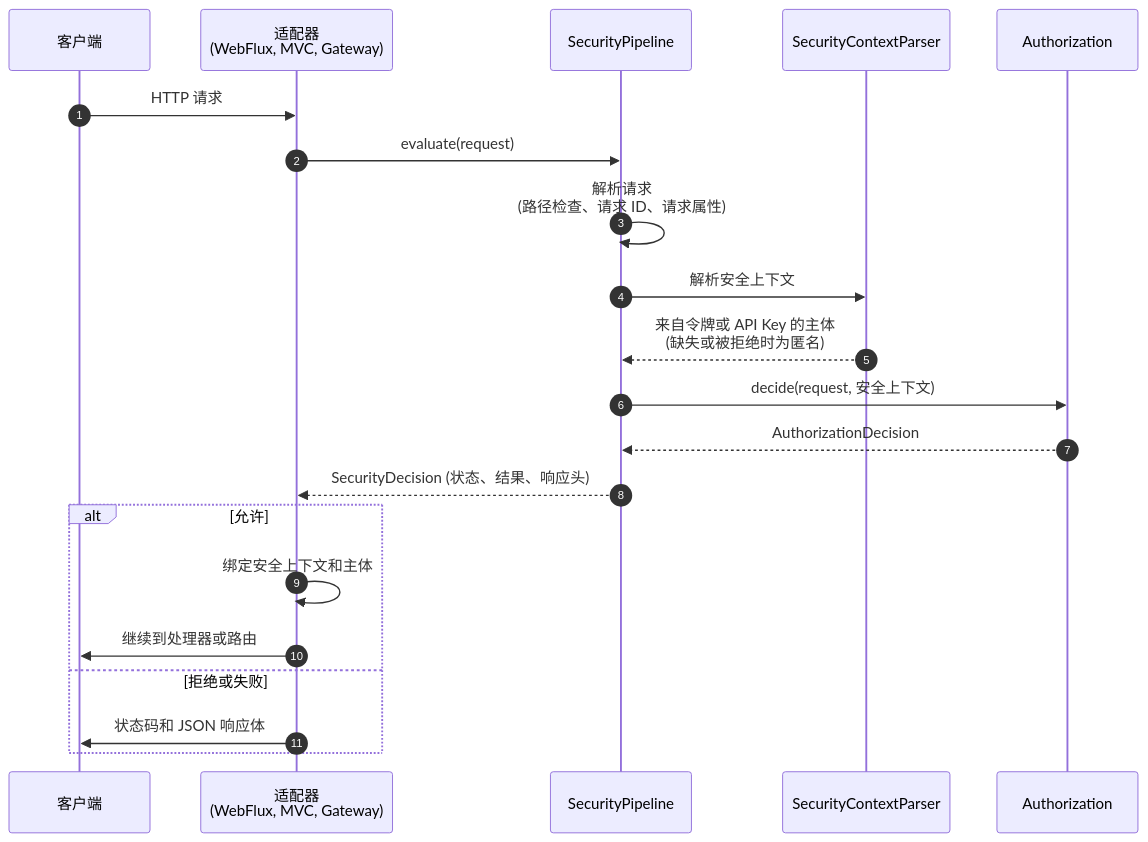
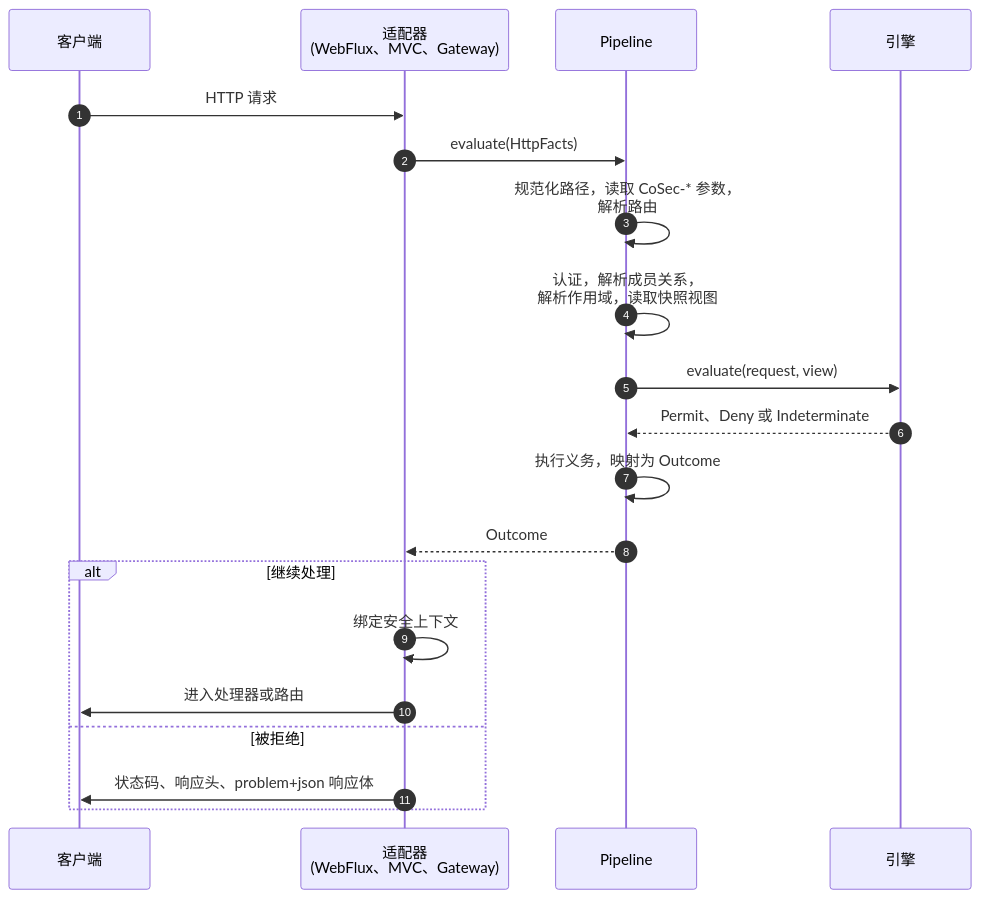
Before and after one commit to Ahoo-Wang/CoSec: the diagram in wiki/zh/integration/web.md, drawn with Mermaid. The commit also changed other lines of this file and 54 other files, not shown here.

````diff
--- a/wiki/zh/integration/web.md
+++ b/wiki/zh/integration/web.md
@@ -61,23 +34,22 @@
 ```mermaid
 sequenceDiagram
     autonumber
     participant C as 客户端
-    participant A as 适配器<br>(WebFlux, MVC, Gateway)
-    participant P as SecurityPipeline
-    participant S as SecurityContextParser
-    participant Z as Authorization
+    participant A as 适配器<br>(WebFlux、MVC、Gateway)
+    participant P as Pipeline
+    participant E as 引擎
     C->>A: HTTP 请求
-    A->>P: evaluate(request)
-    P->>P: 解析请求<br>(路径检查、请求 ID、请求属性)
-    P->>S: 解析安全上下文
-    S-->>P: 来自令牌或 API Key 的主体<br>(缺失或被拒绝时为匿名)
-    P->>Z: decide(request, 安全上下文)
-    Z-->>P: AuthorizationDecision
-    P-->>A: SecurityDecision (状态、结果、响应头)
-    alt 允许
-        A->>A: 绑定安全上下文和主体
-        A->>C: 继续到处理器或路由
-    else 拒绝或失败
-        A->>C: 状态码和 JSON 响应体
+    A->>P: evaluate(HttpFacts)
+    P->>P: 规范化路径，读取 CoSec-* 参数，<br>解析路由
+    P->>P: 认证，解析成员关系，<br>解析作用域，读取快照视图
+    P->>E: evaluate(request, view)
+    E-->>P: Permit、Deny 或 Indeterminate
+    P->>P: 执行义务，映射为 Outcome
+    P-->>A: Outcome
+    alt 继续处理
+        A->>A: 绑定安全上下文
+        A->>C: 进入处理器或路由
+    else 被拒绝
+        A->>C: 状态码、响应头、problem+json 响应体
     end
 ```
````
